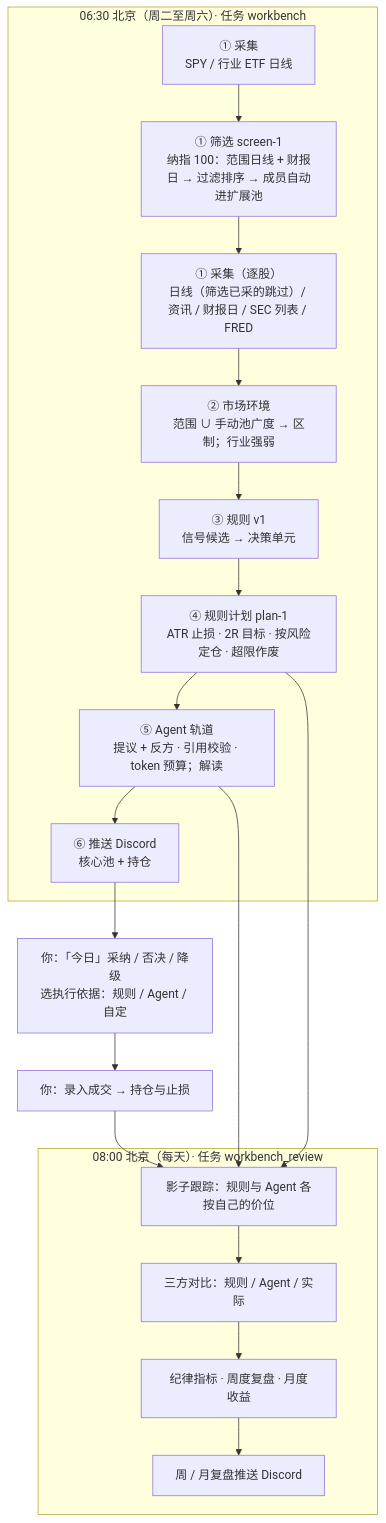
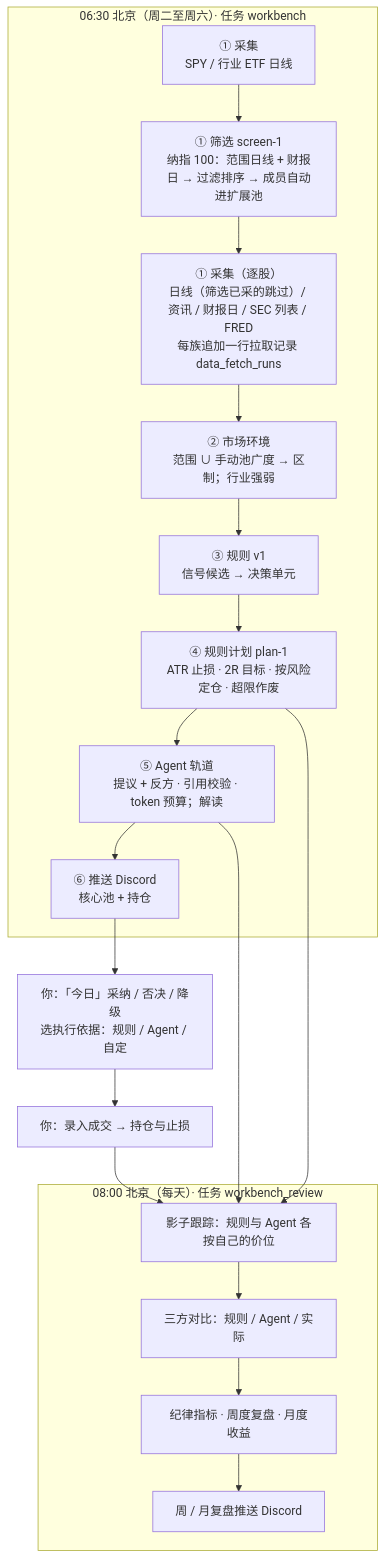
One commit to jianjustin/investment-assistant changed the diagram in docs/architecture.md. Above: the diagram before and after it, drawn with Mermaid. The commit also changed other lines of this file and 6 other files, not shown here.

Commit message:
feat: expose data family status, fetch and browse APIs

````diff
--- a/docs/architecture.md
+++ b/docs/architecture.md
@@ -86,22 +89,22 @@
 ```mermaid
 flowchart TD
     subgraph batch["06:30 北京（周二至周六）· 任务 workbench"]
         A["① 采集<br/>SPY / 行业 ETF 日线"] --> A2["① 筛选 screen-1<br/>纳指 100：范围日线 + 财报日 → 过滤排序 → 成员自动进扩展池"]
-        A2 --> B["① 采集（逐股）<br/>日线（筛选已采的跳过）/ 资讯 / 财报日 / SEC 列表 / FRED"]
+        A2 --> B["① 采集（逐股）<br/>日线（筛选已采的跳过）/ 资讯 / 财报日 / SEC 列表 / FRED<br/>每族追加一行拉取记录 data_fetch_runs"]
         B --> B2["② 市场环境<br/>范围 ∪ 手动池广度 → 区制；行业强弱"]
         B2 --> C["③ 规则 v1<br/>信号候选 → 决策单元"]
         C --> D["④ 规则计划 plan-1<br/>ATR 止损 · 2R 目标 · 按风险定仓 · 超限作废"]
         D --> E["⑤ Agent 轨道<br/>提议 + 反方 · 引用校验 · token 预算；解读"]
         E --> F["⑥ 推送 Discord<br/>核心池 + 持仓"]
     end
     F --> G["你：「今日」采纳 / 否决 / 降级<br/>选执行依据：规则 / Agent / 自定"]
     G --> H["你：录入成交 → 持仓与止损"]
     subgraph review["08:00 北京（每天）· 任务 workbench_review"]
         I["影子跟踪：规则与 Agent 各按自己的价位"] --> J["三方对比：规则 / Agent / 实际"]
         J --> K["纪律指标 · 周度复盘 · 月度收益"]
         K --> L["周 / 月复盘推送 Discord"]
     end
     H --> I
     D --> I
     E --> I
 ```
````
